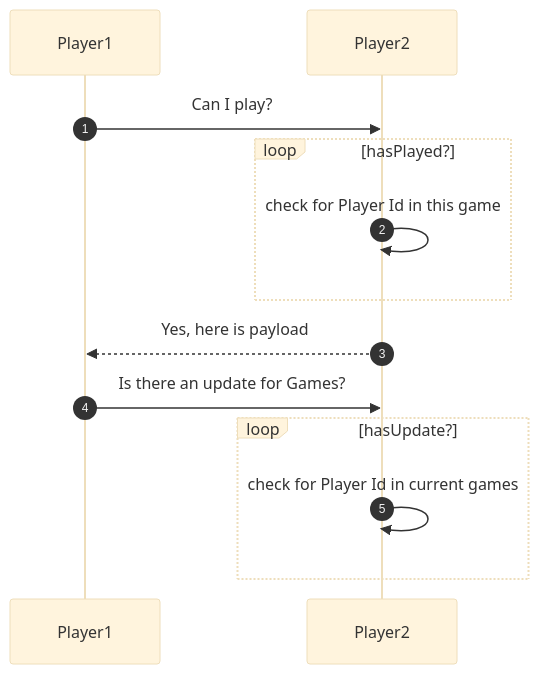
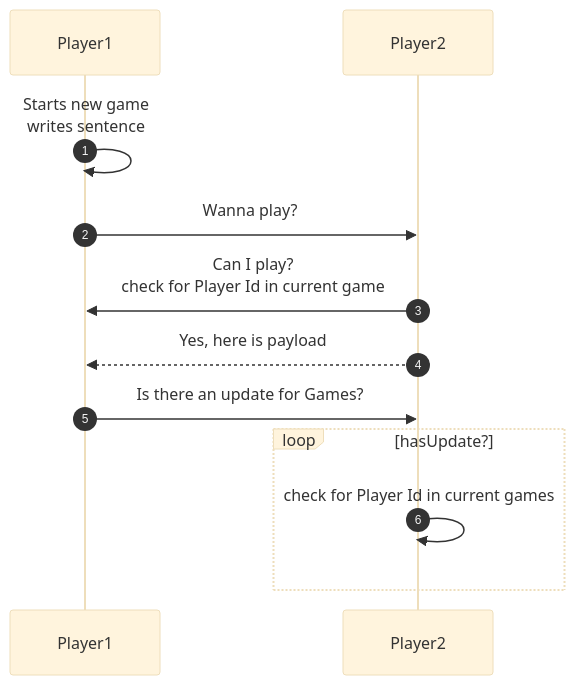
Before and after one commit to JamesOsborn-SE/eat-poop-you-cat-android: the second of 2 diagrams in README.md, drawn with Mermaid (base theme).

Commit message:
update diagram

````diff
--- a/README.md
+++ b/README.md
@@ -76,13 +76,13 @@
 ```mermaid
 sequenceDiagram
     autonumber
-    Player1->>Player2: Can I play?
-    loop hasPlayed?
-        Player2->>Player2: check for Player Id in this game
-    end
+    Player1->>Player1: Starts new game<br/>writes sentence
+    Player1->>Player2: Wanna play?
+    Player2->>Player1: Can I play?<br/>check for Player Id in current game
+
     Player2-->>Player1: Yes, here is payload
     Player1->>Player2: Is there an update for Games?
     loop hasUpdate?
         Player2->>Player2: check for Player Id in current games
     end
 ```
````
